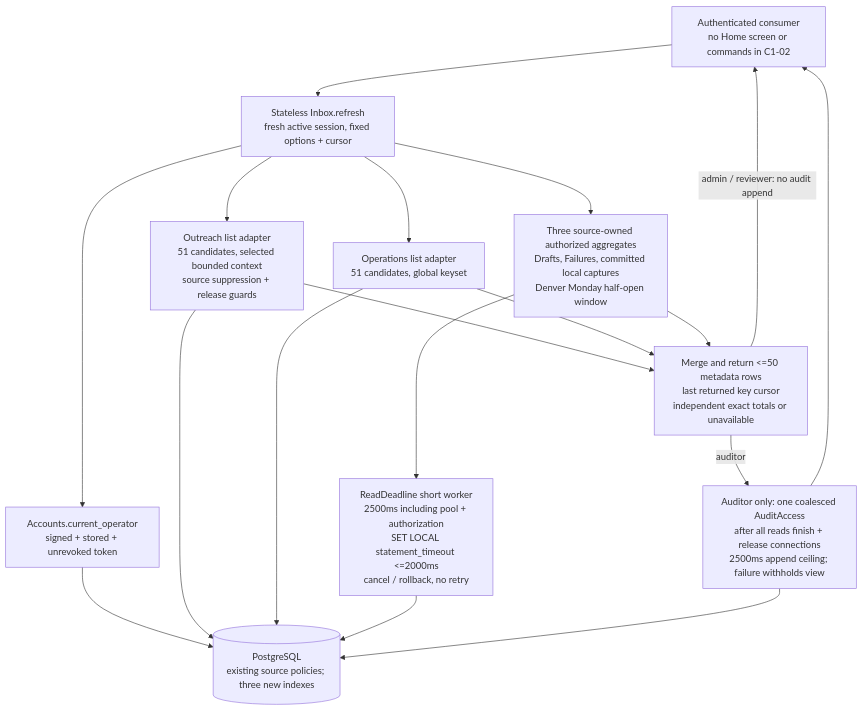
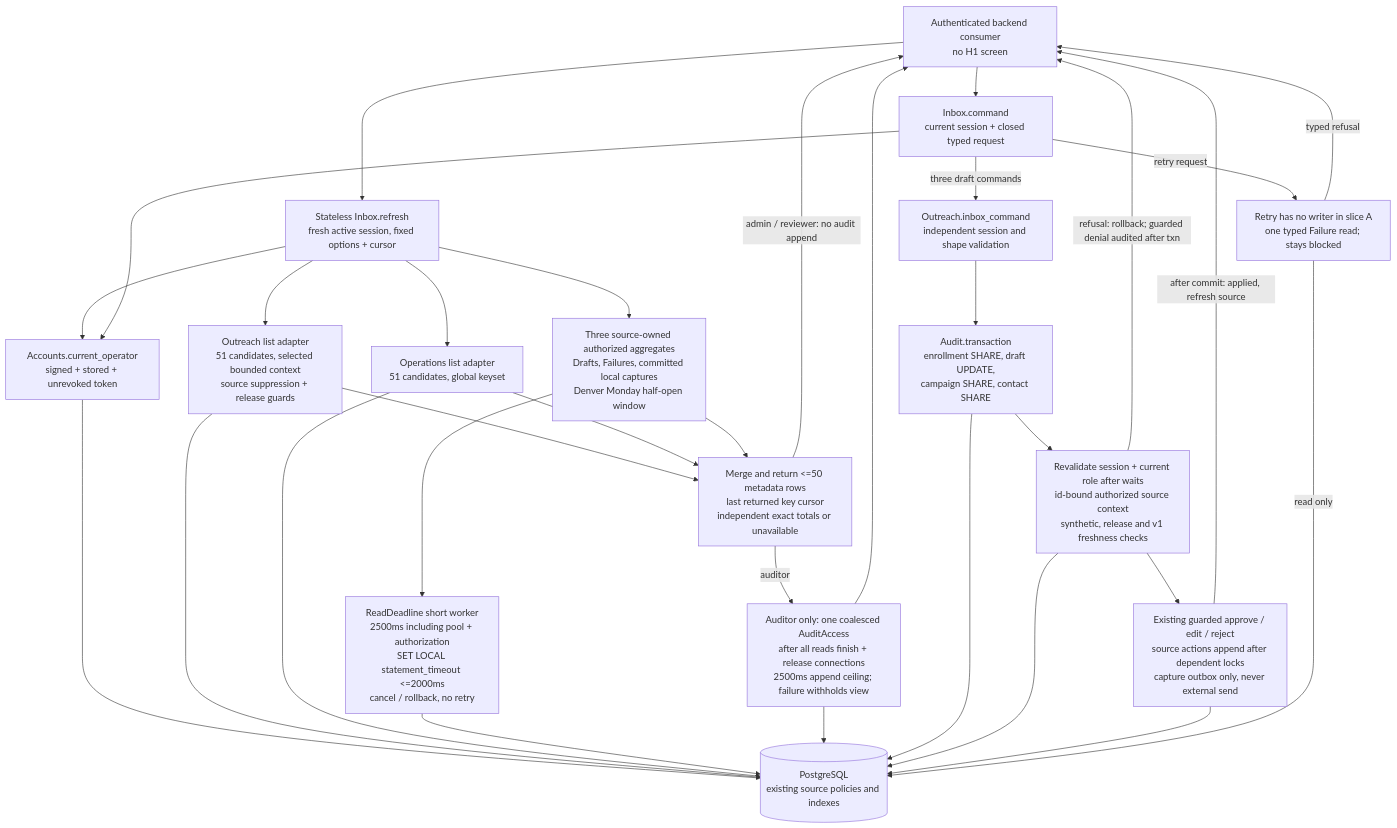
The diagram in docs/architecture/inbox-runtime.mmd (chops/sdr_agent), drawn with Mermaid before and after one commit. The commit also changed 10 other files, not shown here.

First line of the commit message:
feat(inbox): add atomic draft command adapters (C1-03 A)

```diff
--- a/docs/architecture/inbox-runtime.mmd
+++ b/docs/architecture/inbox-runtime.mmd
@@ -1,29 +1,47 @@
 flowchart TB
-    Caller[Authenticated consumer<br/>no Home screen or commands in C1-02]
+    Caller[Authenticated backend consumer<br/>no H1 screen]
     Inbox[Stateless Inbox.refresh<br/>fresh active session, fixed options + cursor]
     Accounts[Accounts.current_operator<br/>signed + stored + unrevoked token]
     Drafts[Outreach list adapter<br/>51 candidates, selected bounded context<br/>source suppression + release guards]
     Failures[Operations list adapter<br/>51 candidates, global keyset]
     Counts[Three source-owned authorized aggregates<br/>Drafts, Failures, committed local captures<br/>Denver Monday half-open window]
     Budget[ReadDeadline short worker<br/>2500ms including pool + authorization<br/>SET LOCAL statement_timeout <=2000ms<br/>cancel / rollback, no retry]
     Merge[Merge and return <=50 metadata rows<br/>last returned key cursor<br/>independent exact totals or unavailable]
     AA[Auditor only: one coalesced AuditAccess<br/>after all reads finish + release connections<br/>2500ms append ceiling; failure withholds view]
-    DB[(PostgreSQL<br/>existing source policies; three new indexes)]
+    Command[Inbox.command<br/>current session + closed typed request]
+    Adapter[Outreach.inbox_command<br/>independent session and shape validation]
+    Locks[Audit.transaction<br/>enrollment SHARE, draft UPDATE,<br/>campaign SHARE, contact SHARE]
+    Fresh[Revalidate session + current role after waits<br/>id-bound authorized source context<br/>synthetic, release and v1 freshness checks]
+    Write[Existing guarded approve / edit / reject<br/>source actions append after dependent locks<br/>capture outbox only, never external send]
+    Held[Retry has no writer in slice A<br/>one typed Failure read; stays blocked]
+    DB[(PostgreSQL<br/>existing source policies and indexes)]
 
     Caller --> Inbox
     Inbox --> Accounts
     Accounts --> DB
     Inbox --> Drafts
     Inbox --> Failures
     Inbox --> Counts
     Drafts --> DB
     Failures --> DB
     Counts --> Budget
     Budget --> DB
     Drafts --> Merge
     Failures --> Merge
     Counts --> Merge
     Merge -- admin / reviewer: no audit append --> Caller
     Merge -- auditor --> AA
     AA --> DB
     AA --> Caller
+    Caller --> Command
+    Command --> Accounts
+    Command -- three draft commands --> Adapter
+    Adapter --> Locks --> Fresh --> Write
+    Locks --> DB
+    Fresh --> DB
+    Write --> DB
+    Write -- after commit: applied, refresh source --> Caller
+    Fresh -- "refusal: rollback; guarded denial audited after txn" --> Caller
+    Command -- retry request --> Held
+    Held -- read only --> DB
+    Held -- typed refusal --> Caller
```
